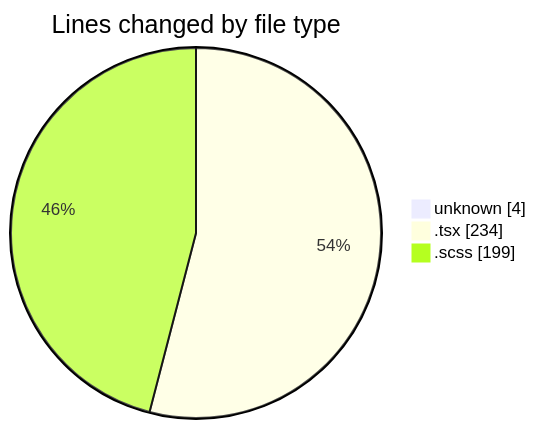
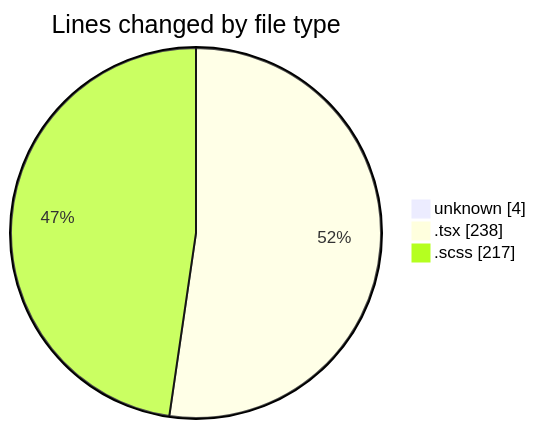
Before and after one commit to momahboobian/code-tracking: the first of 2 diagrams in 2025-02-14/cda/README.md, drawn with Mermaid. The commit also changed other lines of this file and 1 other file, not shown here.

````diff
--- a/2025-02-14/cda/README.md
+++ b/2025-02-14/cda/README.md
@@ -22,7 +22,7 @@
 ```mermaid
 pie showData
 title Lines changed by file type
 "unknown" : 4
-".tsx" : 234
-".scss" : 199
+".tsx" : 238
+".scss" : 217
 ```
````
